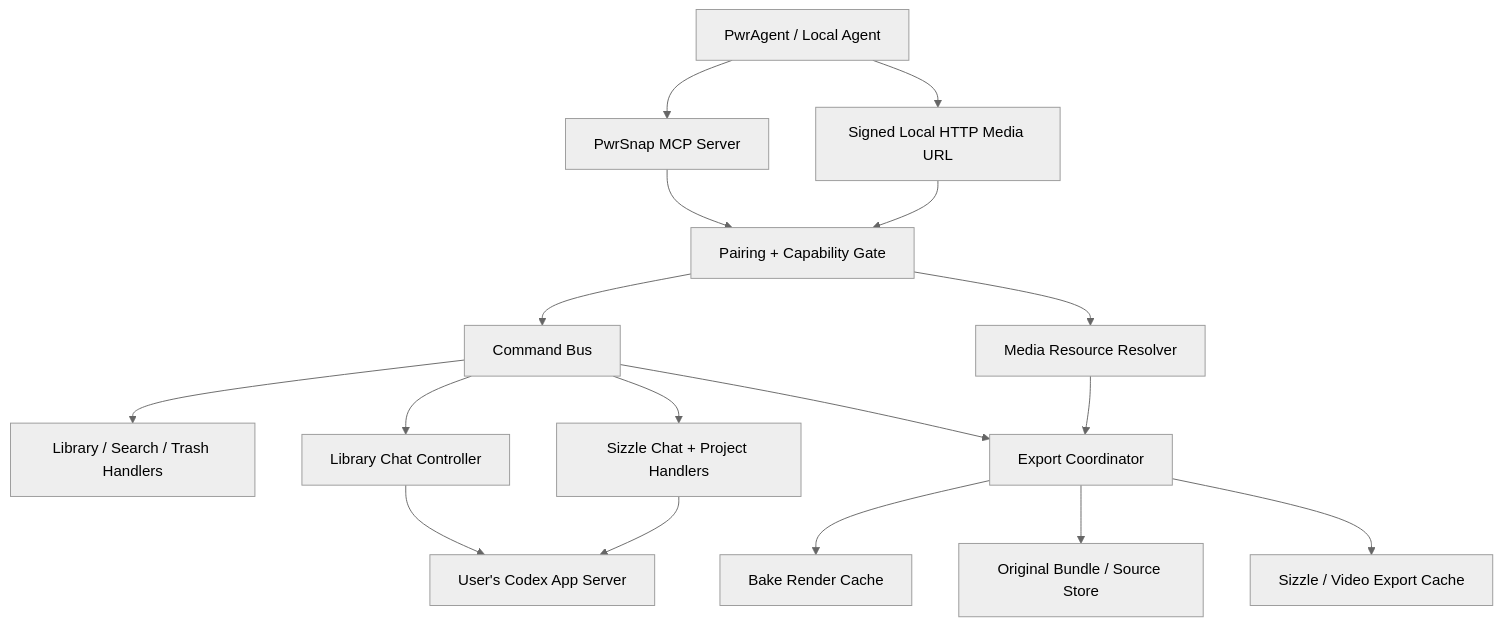
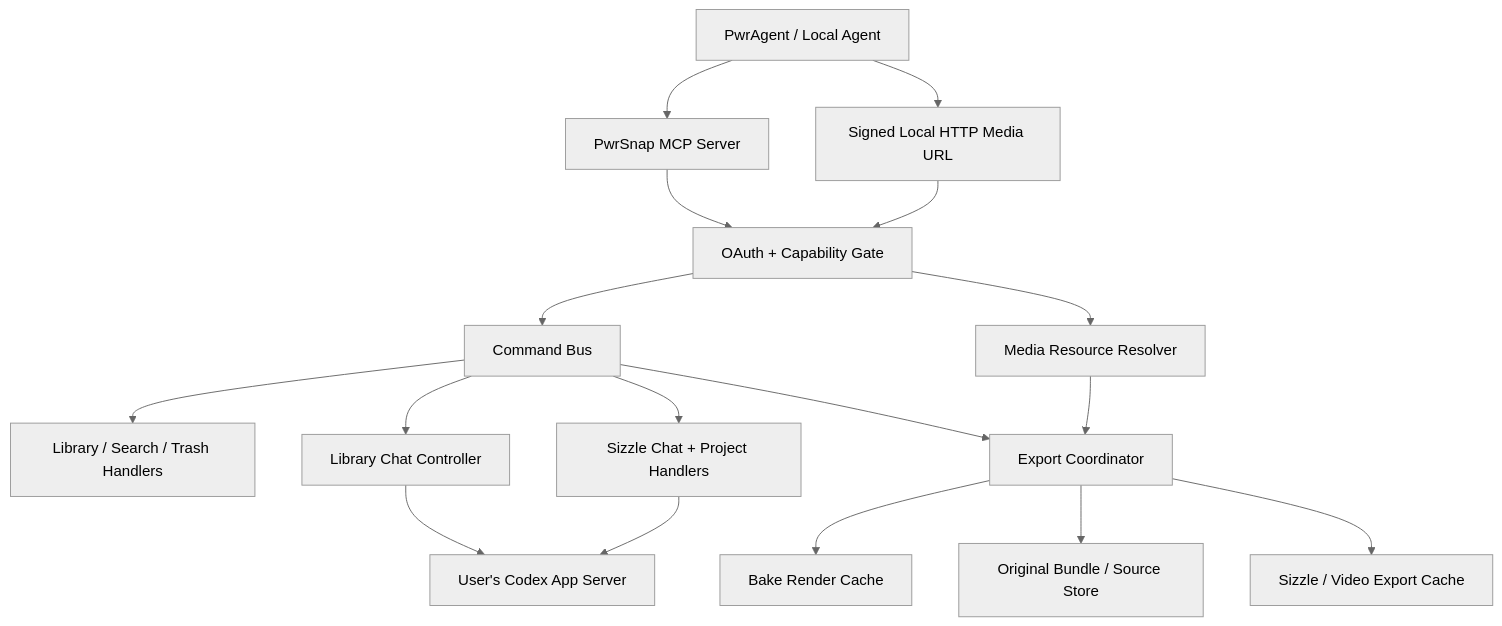
The diagram in docs/plans/2026-06-07-001-feat-local-agent-mcp-access-plan.md (pwrdrvr/PwrSnap), drawn with Mermaid (neutral theme) before and after one commit. The commit also changed other lines of this file and 14 other files, not shown here.

Commit message:
feat(desktop): add fixed-port MCP OAuth consent

````diff
--- a/docs/plans/2026-06-07-001-feat-local-agent-mcp-access-plan.md
+++ b/docs/plans/2026-06-07-001-feat-local-agent-mcp-access-plan.md
@@ -166,24 +170,24 @@
 ```mermaid
 flowchart TB
   Agent[PwrAgent / Local Agent] --> MCP[PwrSnap MCP Server]
   Agent --> HTTP[Signed Local HTTP Media URL]
 
-  MCP --> Pairing[Pairing + Capability Gate]
+  MCP --> Pairing[OAuth + Capability Gate]
   HTTP --> Pairing
 
   Pairing --> Bus[Command Bus]
   Pairing --> Media[Media Resource Resolver]
 
   Bus --> Library[Library / Search / Trash Handlers]
   Bus --> Chat[Library Chat Controller]
   Bus --> Sizzle[Sizzle Chat + Project Handlers]
   Bus --> Export[Export Coordinator]
 
   Media --> Export
   Export --> Bake[Bake Render Cache]
   Export --> Source[Original Bundle / Source Store]
   Export --> Video[Sizzle / Video Export Cache]
 
   Chat --> Codex[User's Codex App Server]
   Sizzle --> Codex
 ```
````
